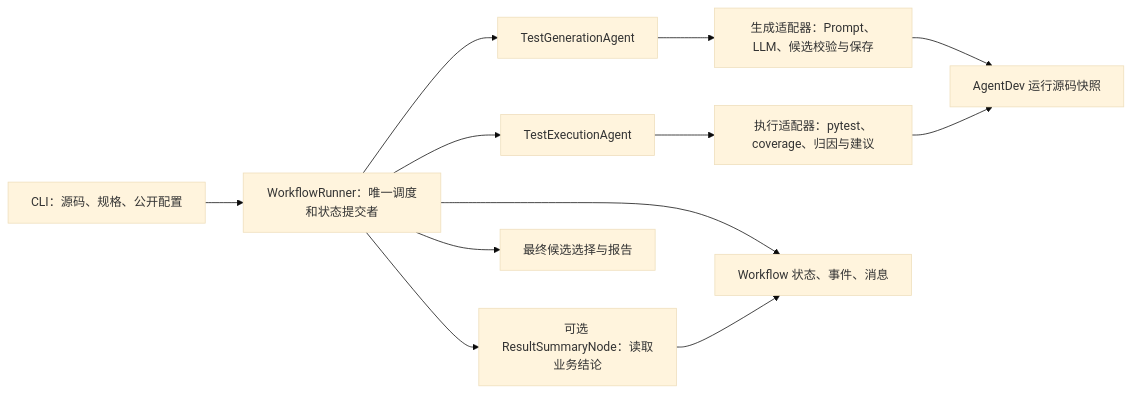
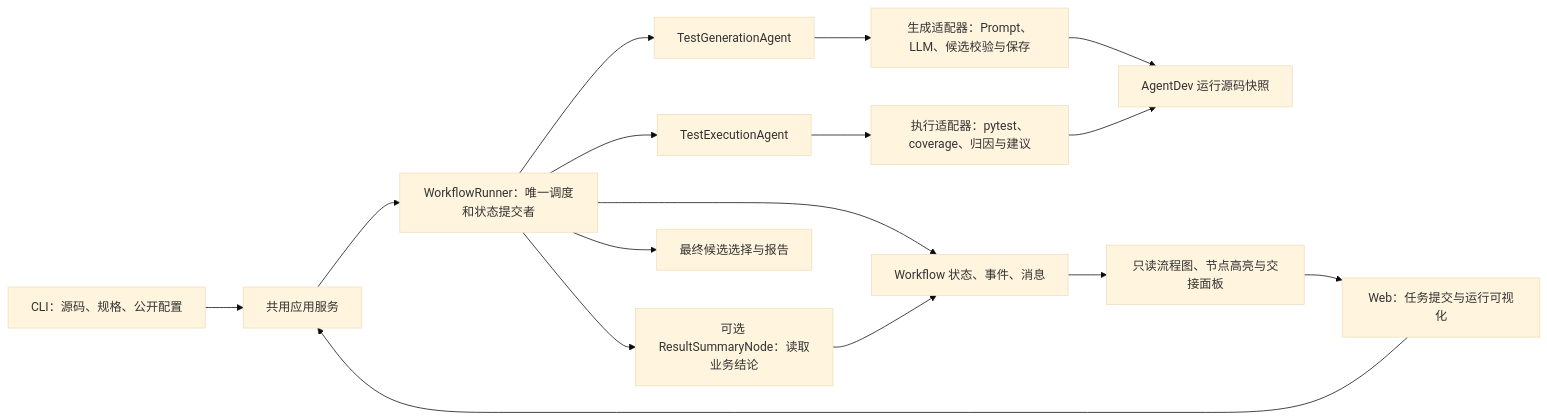
One commit to ZHZ1111/Workflow changed the first of 3 diagrams in Design.md. Above: the diagram before and after it, drawn with Mermaid (base theme). The commit also changed other lines of this file and 18 other files, not shown here.

````diff
--- a/Design.md
+++ b/Design.md
@@ -7,14 +7,18 @@
 ```mermaid
 flowchart LR
-    CLI[CLI：源码、规格、公开配置] --> W[WorkflowRunner：唯一调度和状态提交者]
+    CLI[CLI：源码、规格、公开配置] --> SVC[共用应用服务]
+    WEB[Web：任务提交与运行可视化] --> SVC
+    SVC --> W[WorkflowRunner：唯一调度和状态提交者]
     W --> G[TestGenerationAgent]
     W --> E[TestExecutionAgent]
     G --> GA[生成适配器：Prompt、LLM、候选校验与保存]
     E --> EA[执行适配器：pytest、coverage、归因与建议]
     GA --> V[AgentDev 运行源码快照]
     EA --> V
     W --> S[Workflow 状态、事件、消息]
+    S --> VIEW[只读流程图、节点高亮与交接面板]
+    VIEW --> WEB
     W --> N[可选 ResultSummaryNode：读取业务结论]
     N --> S
     W --> R[最终候选选择与报告]
 ```
````
